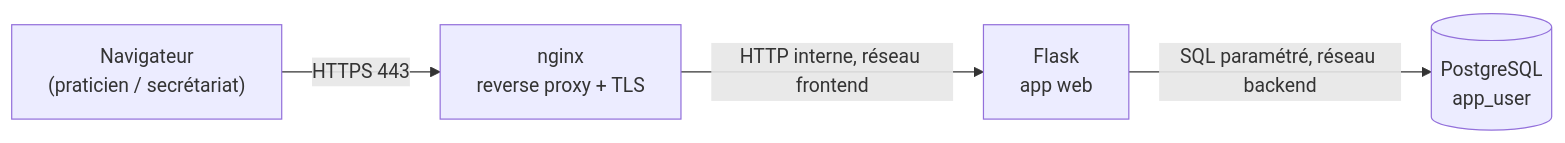
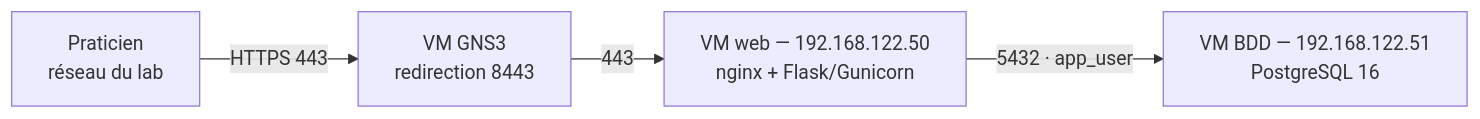
Before and after one commit to mchx-cs/final_project_jedha: the diagram in README.md, drawn with Mermaid. The commit also changed other lines of this file, not shown here.

Commit message:
Met à jour le README : architecture deux VM et contrôles associés

````diff
--- a/README.md
+++ b/README.md
@@ -8,6 +9,6 @@
 ```mermaid
 flowchart LR
-    U["Navigateur<br/>(praticien / secrétariat)"] -->|HTTPS 443| N[nginx<br/>reverse proxy + TLS]
-    N -->|HTTP interne, réseau frontend| A[Flask<br/>app web]
-    A -->|SQL paramétré, réseau backend| D[(PostgreSQL<br/>app_user)]
+    C["Praticien<br/>réseau du lab"] -->|HTTPS 443| G["VM GNS3<br/>redirection 8443"]
+    G -->|443| W["VM web — 192.168.122.50<br/>nginx + Flask/Gunicorn"]
+    W -->|5432 · app_user| D["VM BDD — 192.168.122.51<br/>PostgreSQL 16"]
 ```
````
